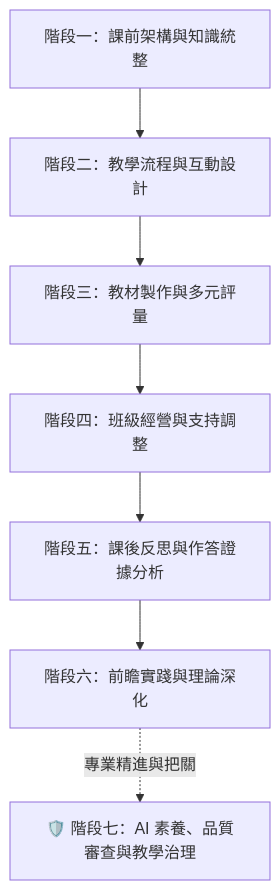
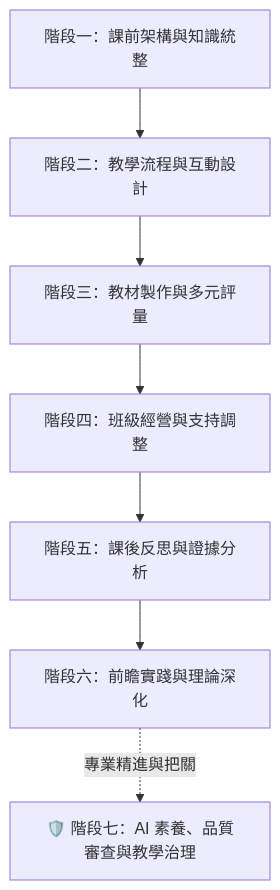
One commit to puti001/puti-ai-lesson-prep changed the diagram in 素養導向AI備課實戰指南.md. Above: the diagram before and after it, drawn with Mermaid. The commit also changed other lines of this file and 1 other file, not shown here.

````diff
--- a/素養導向AI備課實戰指南.md
+++ b/素養導向AI備課實戰指南.md
@@ -13,9 +13,9 @@
 ```mermaid
 graph TD
     A[階段一：課前架構與知識統整] --> B[階段二：教學流程與互動設計]
     B --> C[階段三：教材製作與多元評量]
     C --> D[階段四：班級經營與支持調整]
-    D --> E[階段五：課後反思與作答證據分析]
+    D --> E[階段五：課後反思與證據分析]
     E --> F[階段六：前瞻實踐與理論深化]
     F -.->|專業精進與把關| G[🛡️ 階段七：AI 素養、品質審查與教學治理]
 ```
````
